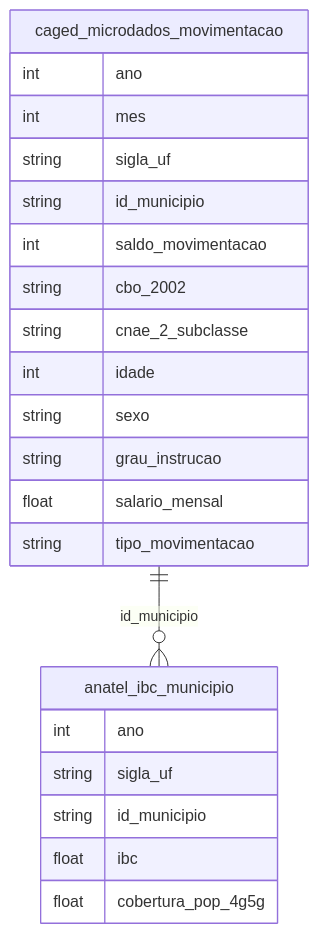
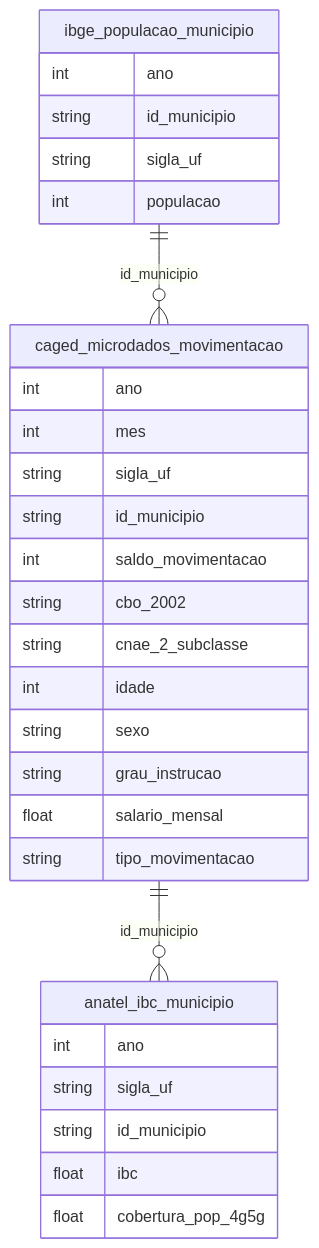
Before and after one commit to rafapolo/rodado: the diagram in docs/mapa/overview/13_migracao_urbanizacao.md, drawn with Mermaid. The commit also changed other lines of this file and 135 other files, not shown here.

````diff
--- a/docs/mapa/overview/13_migracao_urbanizacao.md
+++ b/docs/mapa/overview/13_migracao_urbanizacao.md
@@ -2,25 +2,32 @@
 ```mermaid
 erDiagram
     caged_microdados_movimentacao {
         int ano
         int mes
         string sigla_uf
         string id_municipio
         int saldo_movimentacao
         string cbo_2002
         string cnae_2_subclasse
         int idade
         string sexo
         string grau_instrucao
         float salario_mensal
         string tipo_movimentacao
     }
     anatel_ibc_municipio {
         int ano
         string sigla_uf
         string id_municipio
         float ibc
         float cobertura_pop_4g5g
     }
+    ibge_populacao_municipio {
+        int ano
+        string id_municipio
+        string sigla_uf
+        int populacao
+    }
     caged_microdados_movimentacao ||--o{ anatel_ibc_municipio : "id_municipio"
+    ibge_populacao_municipio ||--o{ caged_microdados_movimentacao : "id_municipio"
 ```
````
